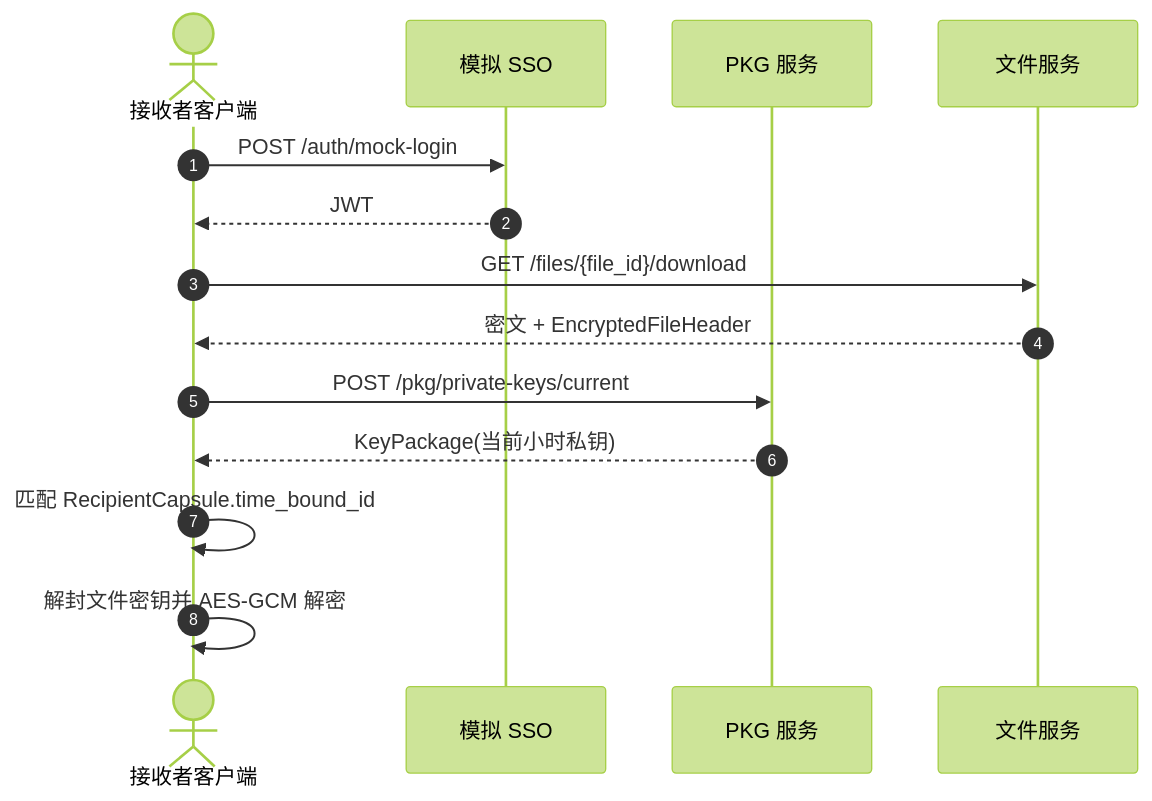
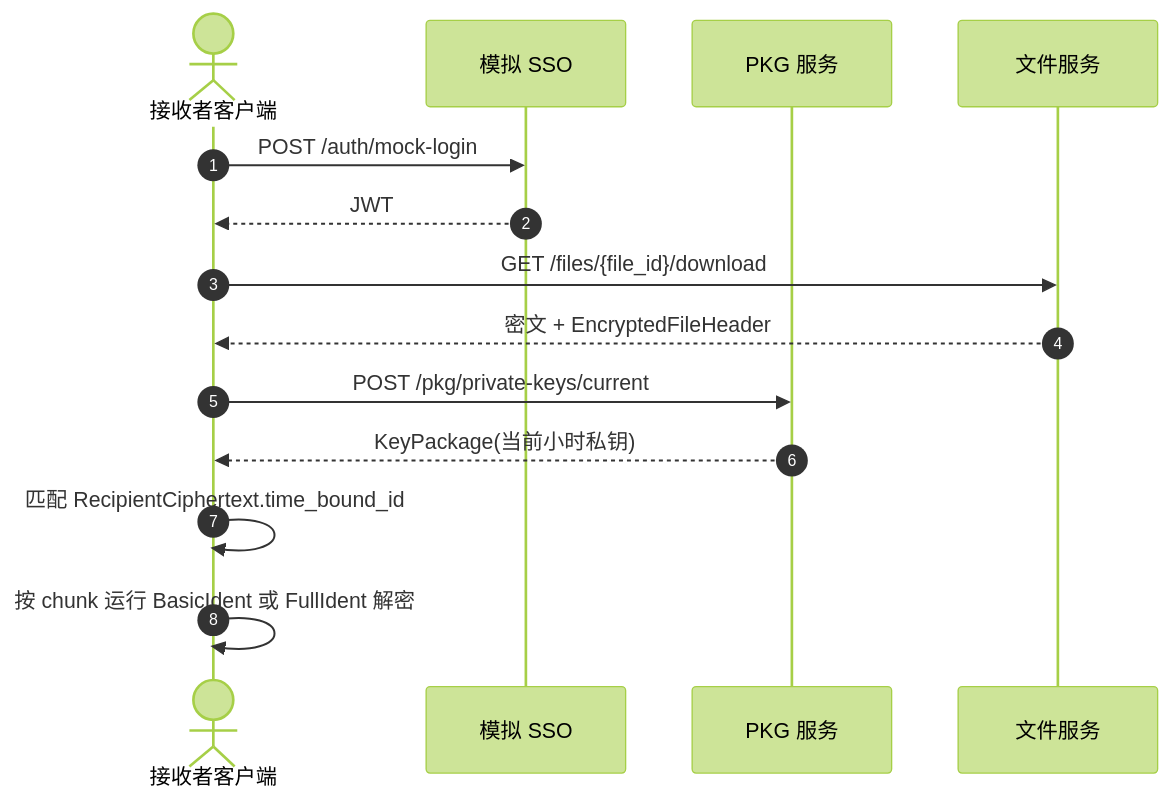
The fourth of 7 diagrams in docs/diagrams.md (firfisa/BF-IBE), drawn with Mermaid (forest theme) before and after one commit. The commit also changed other lines of this file and 9 other files, not shown here.

````diff
--- a/docs/diagrams.md
+++ b/docs/diagrams.md
@@ -64,17 +64,17 @@
 ```mermaid
 sequenceDiagram
   autonumber
   actor Receiver as 接收者客户端
   participant SSO as 模拟 SSO
   participant PKG as PKG 服务
   participant FS as 文件服务
 
   Receiver->>SSO: POST /auth/mock-login
   SSO-->>Receiver: JWT
   Receiver->>FS: GET /files/{file_id}/download
   FS-->>Receiver: 密文 + EncryptedFileHeader
   Receiver->>PKG: POST /pkg/private-keys/current
   PKG-->>Receiver: KeyPackage(当前小时私钥)
-  Receiver->>Receiver: 匹配 RecipientCapsule.time_bound_id
-  Receiver->>Receiver: 解封文件密钥并 AES-GCM 解密
+  Receiver->>Receiver: 匹配 RecipientCiphertext.time_bound_id
+  Receiver->>Receiver: 按 chunk 运行 BasicIdent 或 FullIdent 解密
 ```
````
